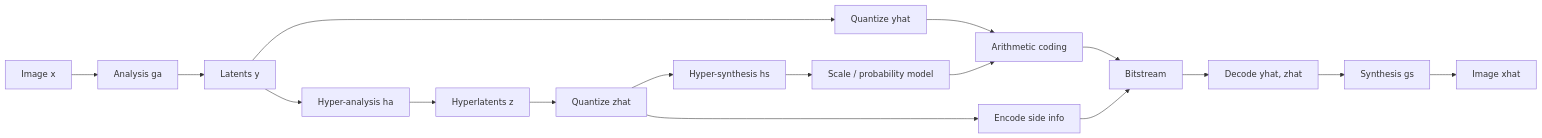
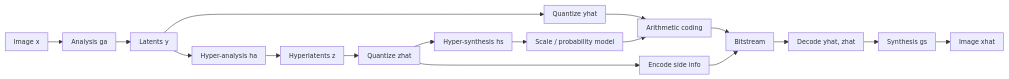
One commit to alessandro-vulcu-code/ICT2025 changed diagram 13 of 31 in First Year/Second Semester/Multimedia Communications/Summaries/Multimedia Communications - Complete Notes.md. Above: the diagram before and after it, drawn with Mermaid. The commit also changed other lines of this file and 582 other files, not shown here.

````diff
--- a/First Year/Second Semester/Multimedia Communications/Summaries/Multimedia Communications - Complete Notes.md
+++ b/First Year/Second Semester/Multimedia Communications/Summaries/Multimedia Communications - Complete Notes.md
@@ -3868,19 +3847,20 @@
 ```mermaid
+%%{init: {"flowchart": {"useMaxWidth": true, "htmlLabels": false, "nodeSpacing": 18, "rankSpacing": 28, "padding": 8}, "themeVariables": {"fontSize": "12px"}}}%%
 flowchart LR
-    A[Image x] --> B[Analysis ga]
-    B --> Y[Latents y]
-    Y --> QY[Quantize yhat]
-    Y --> HA[Hyper-analysis ha]
-    HA --> Z[Hyperlatents z]
-    Z --> QZ[Quantize zhat]
-    QZ --> HS[Hyper-synthesis hs]
-    HS --> P[Scale / probability model]
-    QY --> EC[Arithmetic coding]
+    A["Image x"] --> B["Analysis ga"]
+    B --> Y["Latents y"]
+    Y --> QY["Quantize yhat"]
+    Y --> HA["Hyper-analysis ha"]
+    HA --> Z["Hyperlatents z"]
+    Z --> QZ["Quantize zhat"]
+    QZ --> HS["Hyper-synthesis hs"]
+    HS --> P["Scale / probability model"]
+    QY --> EC["Arithmetic coding"]
     P --> EC
-    QZ --> ECZ[Encode side info]
-    EC --> BS[Bitstream]
+    QZ --> ECZ["Encode side info"]
+    EC --> BS["Bitstream"]
     ECZ --> BS
-    BS --> DEC[Decode yhat, zhat]
-    DEC --> GS[Synthesis gs]
-    GS --> XH[Image xhat]
+    BS --> DEC["Decode yhat, zhat"]
+    DEC --> GS["Synthesis gs"]
+    GS --> XH["Image xhat"]
 ```
````
